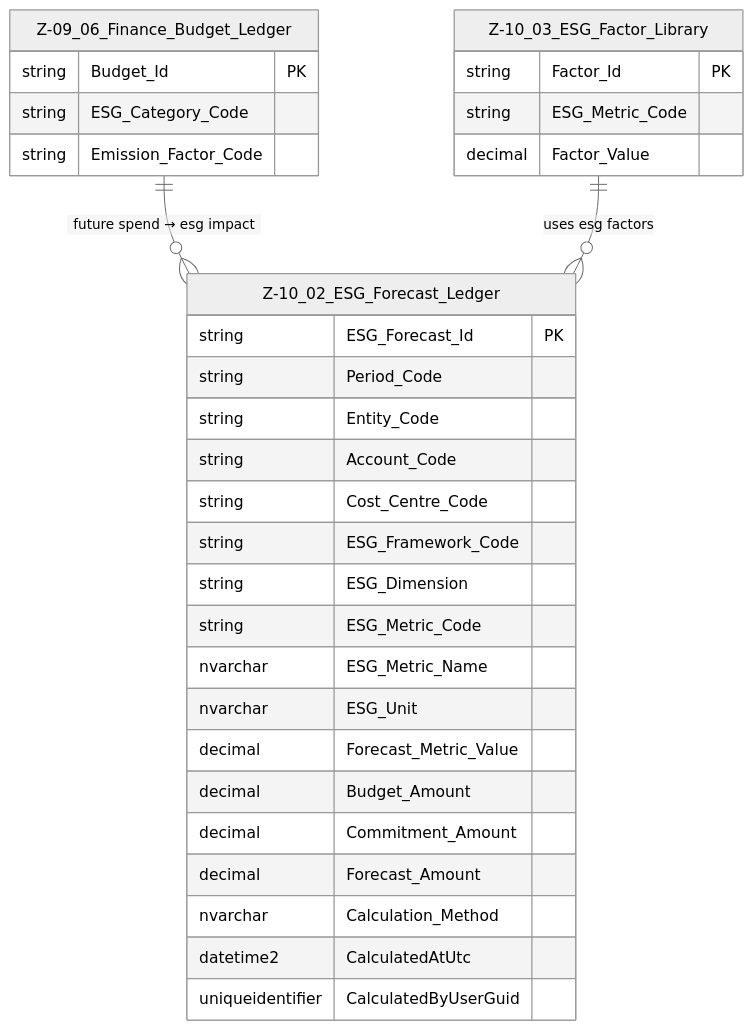
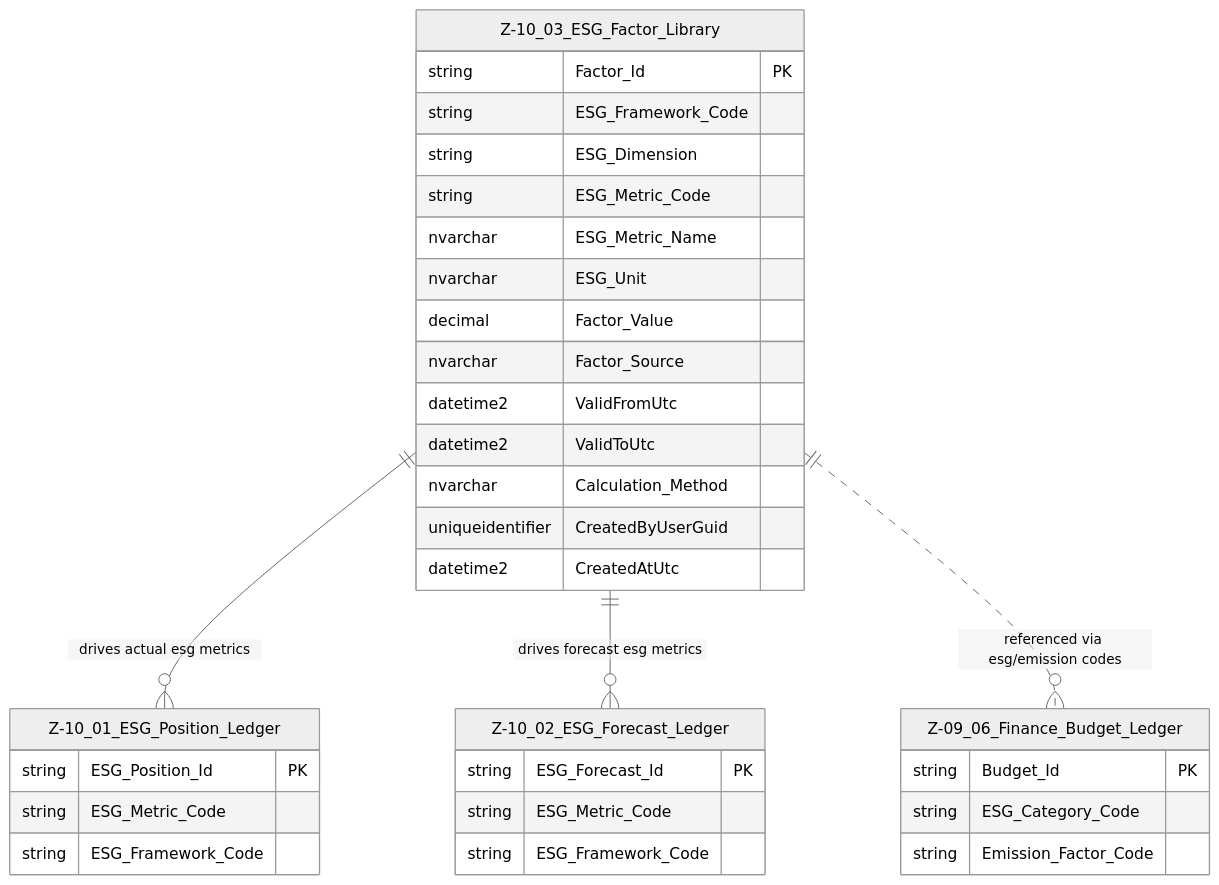
The diagram in 100 DATA MODELLING/Z- Data Entites/ESG Domain/Z-10.03 ESG_Factor_Library.md (NeilWP/SUSTINA_CAB), drawn with Mermaid (neutral theme) before and after one commit. The commit also changed other lines of this file, not shown here.

Commit message:
Updating ERD for ESG Domain

````diff
--- a/100 DATA MODELLING/Z- Data Entites/ESG Domain/Z-10.03 ESG_Factor_Library.md
+++ b/100 DATA MODELLING/Z- Data Entites/ESG Domain/Z-10.03 ESG_Factor_Library.md
@@ -41,37 +45,52 @@
 ```mermaid
 erDiagram
-    Z-10_02_ESG_Forecast_Ledger {
-        string ESG_Forecast_Id PK
-        string Period_Code
-        string Entity_Code
-        string Account_Code
-        string Cost_Centre_Code
+    %% ===========================
+    %% FOCAL ENTITY
+    %% ===========================
+    Z-10_03_ESG_Factor_Library {
+        string Factor_Id PK
         string ESG_Framework_Code
         string ESG_Dimension
         string ESG_Metric_Code
         nvarchar ESG_Metric_Name
         nvarchar ESG_Unit
-        decimal Forecast_Metric_Value
-        decimal Budget_Amount
-        decimal Commitment_Amount
-        decimal Forecast_Amount
+        decimal Factor_Value
+        nvarchar Factor_Source
+        datetime2 ValidFromUtc
+        datetime2 ValidToUtc
         nvarchar Calculation_Method
-        datetime2 CalculatedAtUtc
-        uniqueidentifier CalculatedByUserGuid
+        uniqueidentifier CreatedByUserGuid
+        datetime2 CreatedAtUtc
     }
 
+    %% ===========================
+    %% DIRECT ESG CONSUMERS
+    %% ===========================
+    Z-10_01_ESG_Position_Ledger {
+        string ESG_Position_Id PK
+        string ESG_Metric_Code
+        string ESG_Framework_Code
+    }
+
+    Z-10_02_ESG_Forecast_Ledger {
+        string ESG_Forecast_Id PK
+        string ESG_Metric_Code
+        string ESG_Framework_Code
+    }
+
+    %% ===========================
+    %% FINANCE-ESG BRIDGE (BUDGET)
+    %% ===========================
     Z-09_06_Finance_Budget_Ledger {
         string Budget_Id PK
         string ESG_Category_Code
         string Emission_Factor_Code
     }
 
-    Z-10_03_ESG_Factor_Library {
-        string Factor_Id PK
-        string ESG_Metric_Code
-        decimal Factor_Value
-    }
-
-    Z-09_06_Finance_Budget_Ledger ||--o{ Z-10_02_ESG_Forecast_Ledger : "future spend → esg impact"
-    Z-10_03_ESG_Factor_Library ||--o{ Z-10_02_ESG_Forecast_Ledger : "uses esg factors"
+    %% ===========================
+    %% RELATIONSHIPS (ONE TIER)
+    %% ===========================
+    Z-10_03_ESG_Factor_Library ||--o{ Z-10_01_ESG_Position_Ledger : "drives actual esg metrics"
+    Z-10_03_ESG_Factor_Library ||--o{ Z-10_02_ESG_Forecast_Ledger : "drives forecast esg metrics"
+    Z-10_03_ESG_Factor_Library ||..o{ Z-09_06_Finance_Budget_Ledger : "referenced via esg/emission codes"
 ```
````
